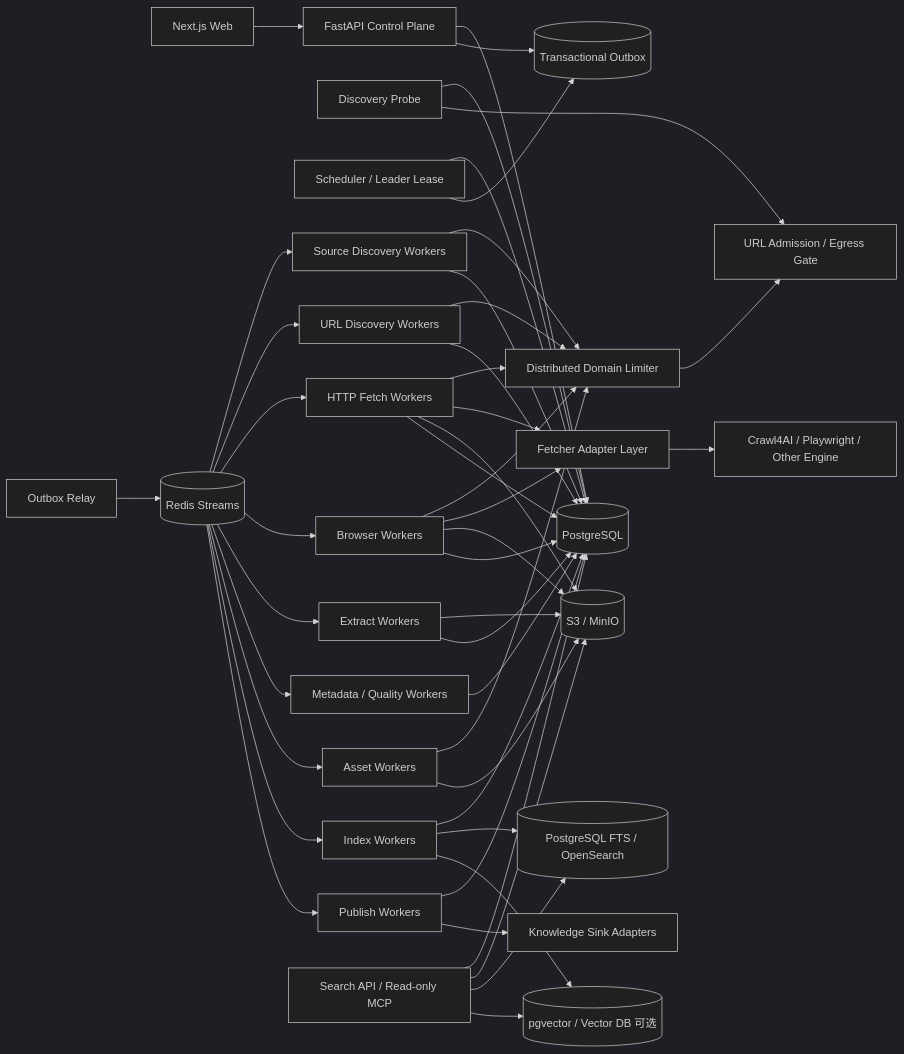
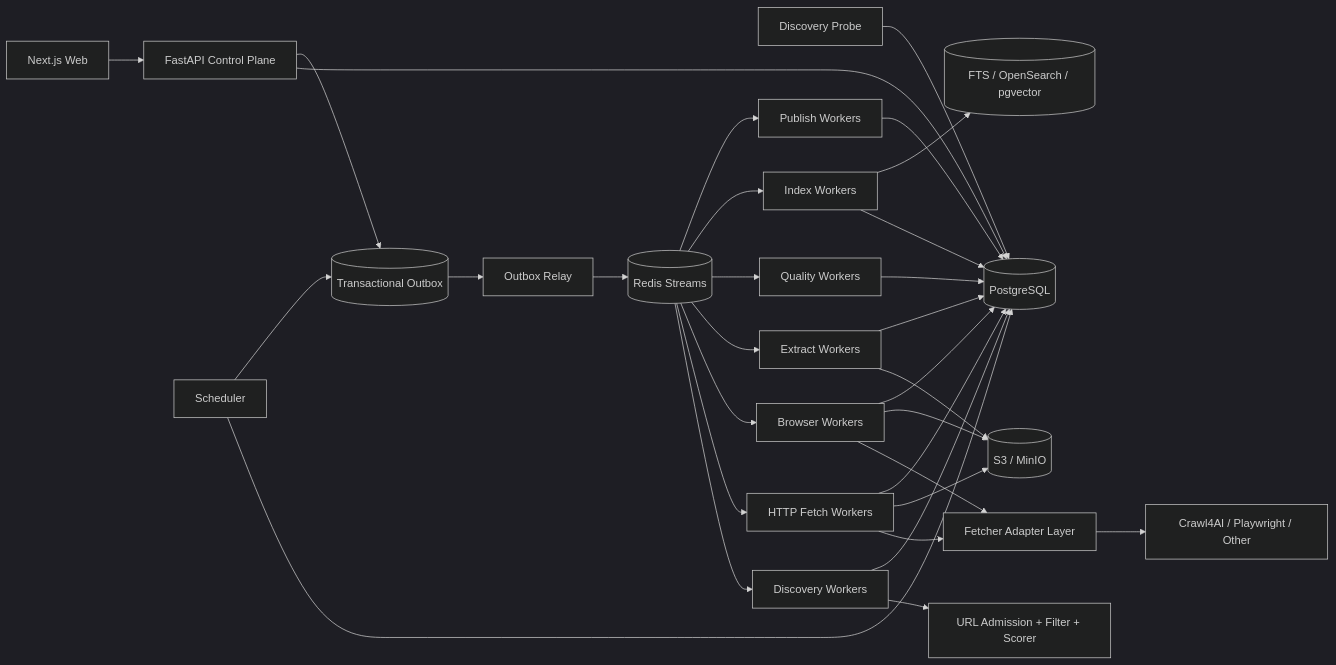
The diagram in 博客知识库技术方案.md (WorkerXu/my-doc), drawn with Mermaid (dark theme) before and after one commit. The commit also changed other lines of this file, not shown here.

````diff
--- a/博客知识库技术方案.md
+++ b/博客知识库技术方案.md
@@ -84,58 +60,33 @@
 ```mermaid
 flowchart LR
     UI[Next.js Web] --> API[FastAPI Control Plane]
     API --> PG[(PostgreSQL)]
     API --> OUT[(Transactional Outbox)]
-
     PROBE[Discovery Probe] --> PG
-    PROBE --> GATE[URL Admission / Egress Gate]
-
-    SCHED[Scheduler / Leader Lease] --> PG
+    SCHED[Scheduler] --> PG
     SCHED --> OUT
-    RELAY[Outbox Relay] --> Q[(Redis Streams)]
-
-    Q --> SD[Source Discovery Workers]
-    Q --> UD[URL Discovery Workers]
+    OUT --> RELAY[Outbox Relay]
+    RELAY --> Q[(Redis Streams)]
+    Q --> DW[Discovery Workers]
     Q --> HF[HTTP Fetch Workers]
     Q --> BF[Browser Workers]
     Q --> EX[Extract Workers]
-    Q --> MQ[Metadata / Quality Workers]
-    Q --> AS[Asset Workers]
-    Q --> IX[Index Workers]
+    Q --> QW[Quality Workers]
+    Q --> IW[Index Workers]
     Q --> PW[Publish Workers]
-
-    SD --> LIM[Distributed Domain Limiter]
-    UD --> LIM
-    HF --> LIM
-    BF --> LIM
-    AS --> LIM
-    LIM --> GATE
-
+    DW --> GATE[URL Admission + Filter + Scorer]
     HF --> ADP[Fetcher Adapter Layer]
     BF --> ADP
-    ADP --> ENG[Crawl4AI / Playwright / Other Engine]
-
+    ADP --> ENG[Crawl4AI / Playwright / Other]
     HF --> OBJ[(S3 / MinIO)]
     BF --> OBJ
     EX --> OBJ
-    AS --> OBJ
-
-    SD --> PG
-    UD --> PG
+    DW --> PG
     HF --> PG
     BF --> PG
     EX --> PG
-    MQ --> PG
-    IX --> PG
+    QW --> PG
+    IW --> PG
     PW --> PG
-
-    IX --> LEX[(PostgreSQL FTS / OpenSearch)]
-    IX --> VEC[(pgvector / Vector DB 可选)]
-
-    SEARCH[Search API / Read-only MCP] --> PG
-    SEARCH --> OBJ
-    SEARCH --> LEX
-    SEARCH --> VEC
-
-    PW --> SINK[Knowledge Sink Adapters]
+    IW --> SEARCH[(FTS / OpenSearch / pgvector)]
 ```
````
